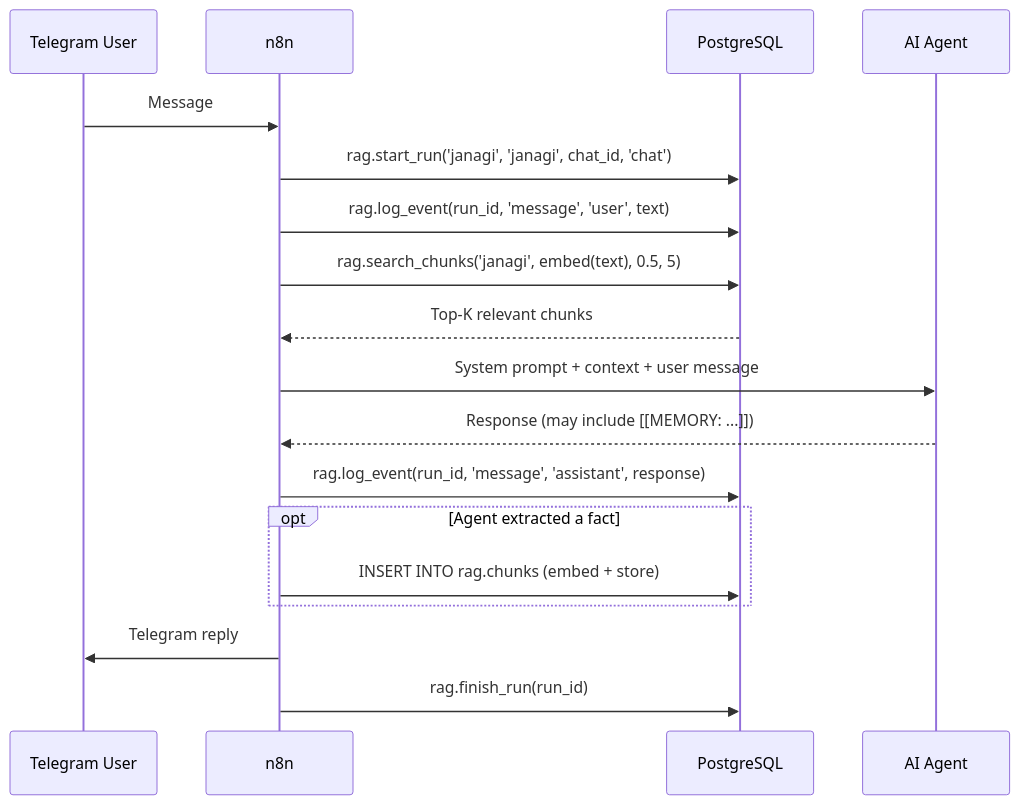
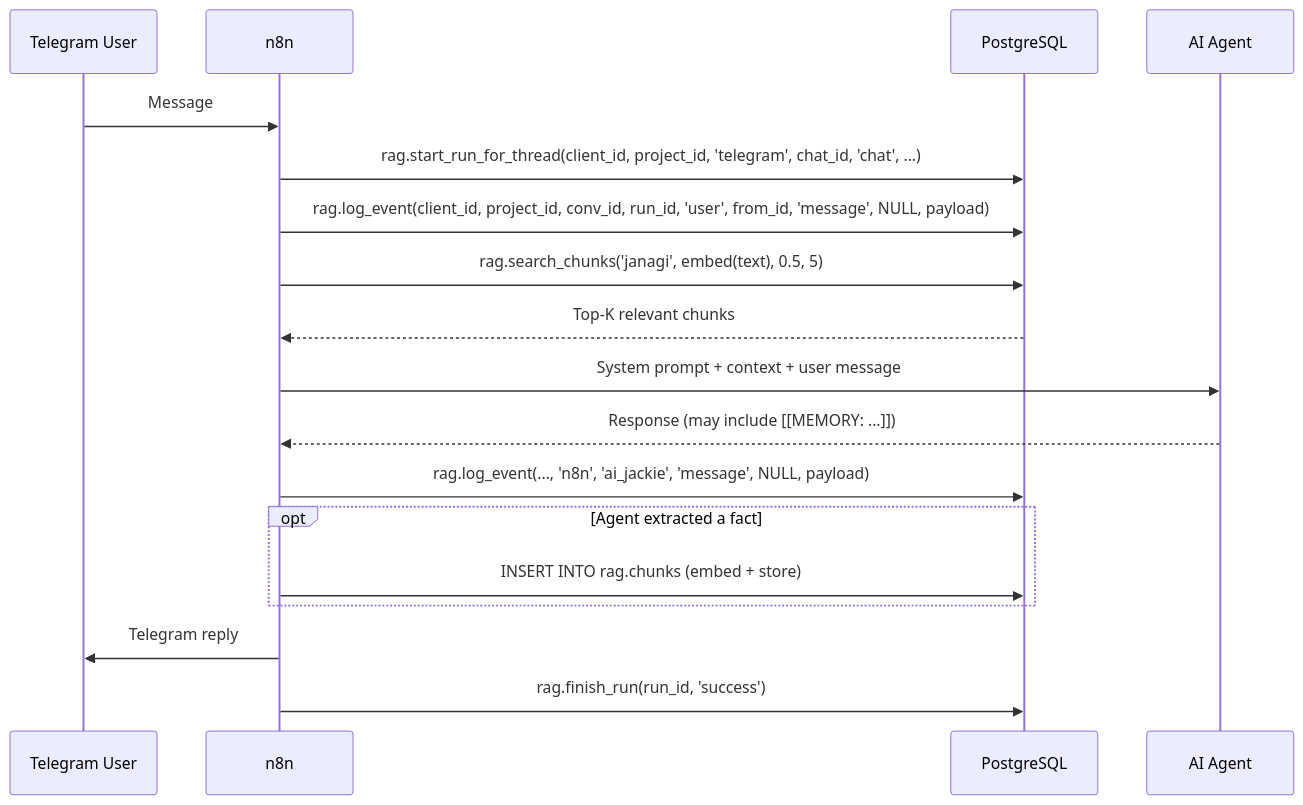
One commit to HonzaHezina/janAGI changed the diagram in ops/docs/MEMORY_ARCHITECTURE.md. Above: the diagram before and after it, drawn with Mermaid. The commit also changed other lines of this file and 16 other files, not shown here.

First line of the commit message:
refactor: full repo audit — align DB schema, configs, and docs to live workflows

````diff
--- a/ops/docs/MEMORY_ARCHITECTURE.md
+++ b/ops/docs/MEMORY_ARCHITECTURE.md
@@ -28,23 +30,23 @@
 ```mermaid
 sequenceDiagram
     participant U as Telegram User
     participant N as n8n
     participant DB as PostgreSQL
     participant AI as AI Agent
 
     U->>N: Message
-    N->>DB: rag.start_run('janagi', 'janagi', chat_id, 'chat')
-    N->>DB: rag.log_event(run_id, 'message', 'user', text)
+    N->>DB: rag.start_run_for_thread(client_id, project_id, 'telegram', chat_id, 'chat', ...)
+    N->>DB: rag.log_event(client_id, project_id, conv_id, run_id, 'user', from_id, 'message', NULL, payload)
     N->>DB: rag.search_chunks('janagi', embed(text), 0.5, 5)
     DB-->>N: Top-K relevant chunks
     N->>AI: System prompt + context + user message
     AI-->>N: Response (may include [[MEMORY: ...]])
-    N->>DB: rag.log_event(run_id, 'message', 'assistant', response)
+    N->>DB: rag.log_event(..., 'n8n', 'ai_jackie', 'message', NULL, payload)
     
     opt Agent extracted a fact
         N->>DB: INSERT INTO rag.chunks (embed + store)
     end
     
     N->>U: Telegram reply
-    N->>DB: rag.finish_run(run_id)
+    N->>DB: rag.finish_run(run_id, 'success')
 ```
````
